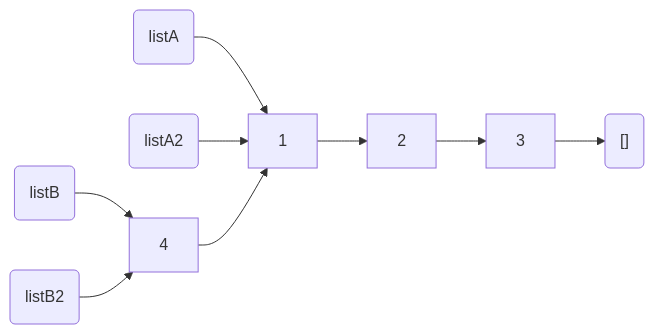
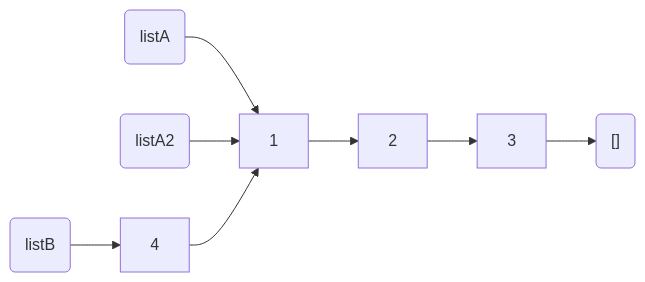
The first of 6 diagrams in slides.md (jindraivanek/talks-2024-devtalks-data-structures), drawn with Mermaid before and after one commit. The commit also changed other lines of this file, not shown here.

````diff
--- a/slides.md
+++ b/slides.md
@@ -162,7 +161,6 @@
 ```mermaid
 graph LR
 A("listA") --> 1 --> 2 --> 3 --> Nil("[]")
 A2("listA2") --> 1
 B("listB") --> 4 --> 1
-B2("listB2") --> 4
 ```
````
